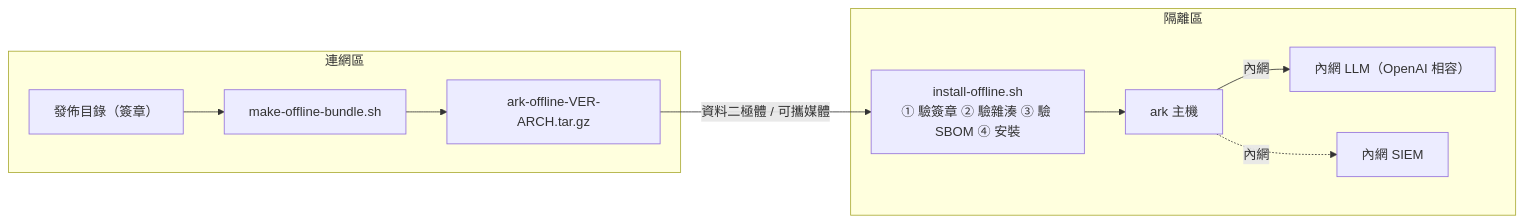
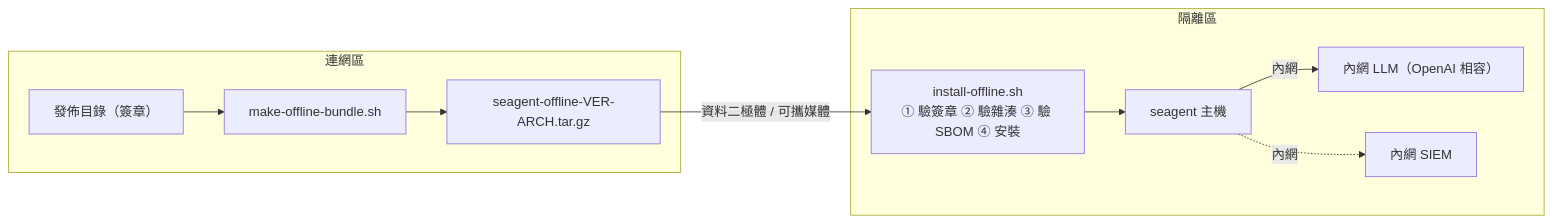
One commit to Noob-2006/Bulge changed the fourth of 5 diagrams in docs/enterprise/deployment-architecture.md. Above: the diagram before and after it, drawn with Mermaid. The commit also changed other lines of this file and 2103 other files, not shown here.

````diff
--- a/docs/enterprise/deployment-architecture.md
+++ b/docs/enterprise/deployment-architecture.md
@@ -82,13 +82,13 @@
 ```mermaid
 flowchart LR
   subgraph conn["連網區"]
     rel["發佈目錄（簽章）"] --> mk["make-offline-bundle.sh"]
-    mk --> bundle["ark-offline-VER-ARCH.tar.gz"]
+    mk --> bundle["seagent-offline-VER-ARCH.tar.gz"]
   end
   bundle -- "資料二極體 / 可攜媒體" --> verify
   subgraph air["隔離區"]
-    verify["install-offline.sh<br/>① 驗簽章 ② 驗雜湊 ③ 驗 SBOM ④ 安裝"] --> host["ark 主機"]
+    verify["install-offline.sh<br/>① 驗簽章 ② 驗雜湊 ③ 驗 SBOM ④ 安裝"] --> host["seagent 主機"]
     host -->|"內網"| llm["內網 LLM（OpenAI 相容）"]
     host -.->|"內網"| siem["內網 SIEM"]
   end
 ```
````
